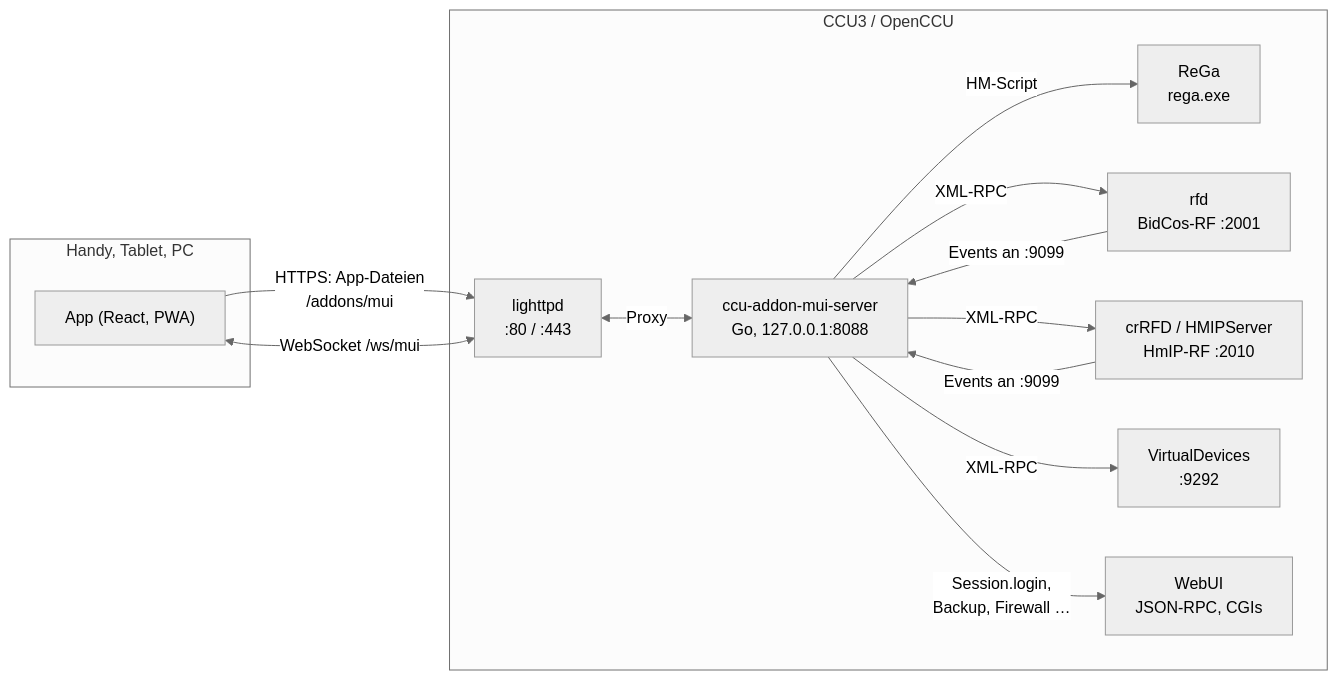
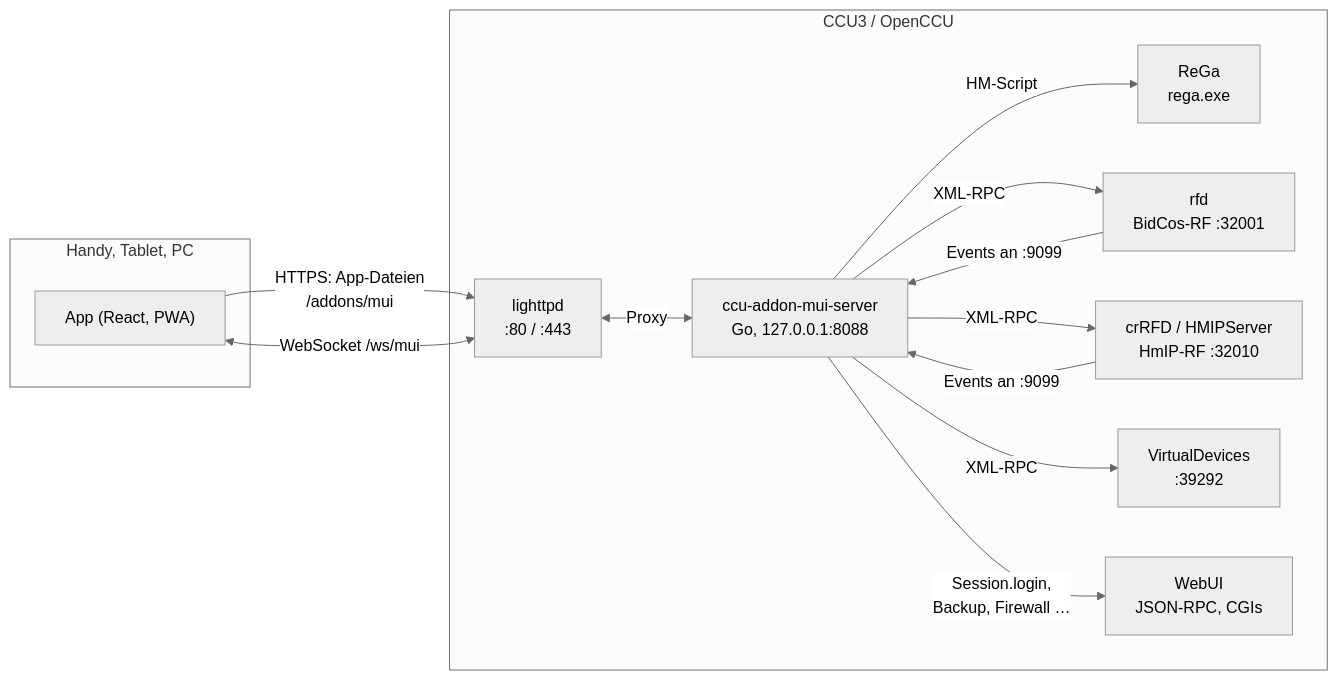
Before and after one commit to firsttris/ccu-addon-mui: the first of 3 diagrams in docs/architektur.md, drawn with Mermaid (neutral theme). The commit also changed other lines of this file and 8 other files, not shown here.

````diff
--- a/docs/architektur.md
+++ b/docs/architektur.md
@@ -9,25 +9,25 @@
 ```mermaid
 flowchart LR
   subgraph Geräte["Handy, Tablet, PC"]
     App["App (React, PWA)"]
   end
   subgraph CCU["CCU3 / OpenCCU"]
     L["lighttpd<br/>:80 / :443"]
     S["ccu-addon-mui-server<br/>Go, 127.0.0.1:8088"]
     R["ReGa<br/>rega.exe"]
-    RF["rfd<br/>BidCos-RF :2001"]
-    IP["crRFD / HMIPServer<br/>HmIP-RF :2010"]
-    V["VirtualDevices<br/>:9292"]
+    RF["rfd<br/>BidCos-RF :32001"]
+    IP["crRFD / HMIPServer<br/>HmIP-RF :32010"]
+    V["VirtualDevices<br/>:39292"]
     W["WebUI<br/>JSON-RPC, CGIs"]
   end
   App -- "HTTPS: App-Dateien<br/>/addons/mui" --> L
   App <-- "WebSocket /ws/mui" --> L
   L <-- Proxy --> S
   S -- "HM-Script" --> R
   S -- "XML-RPC" --> RF
   S -- "XML-RPC" --> IP
   S -- "XML-RPC" --> V
   S -- "Session.login,<br/>Backup, Firewall …" --> W
   RF -- "Events an :9099" --> S
   IP -- "Events an :9099" --> S
 ```
````
